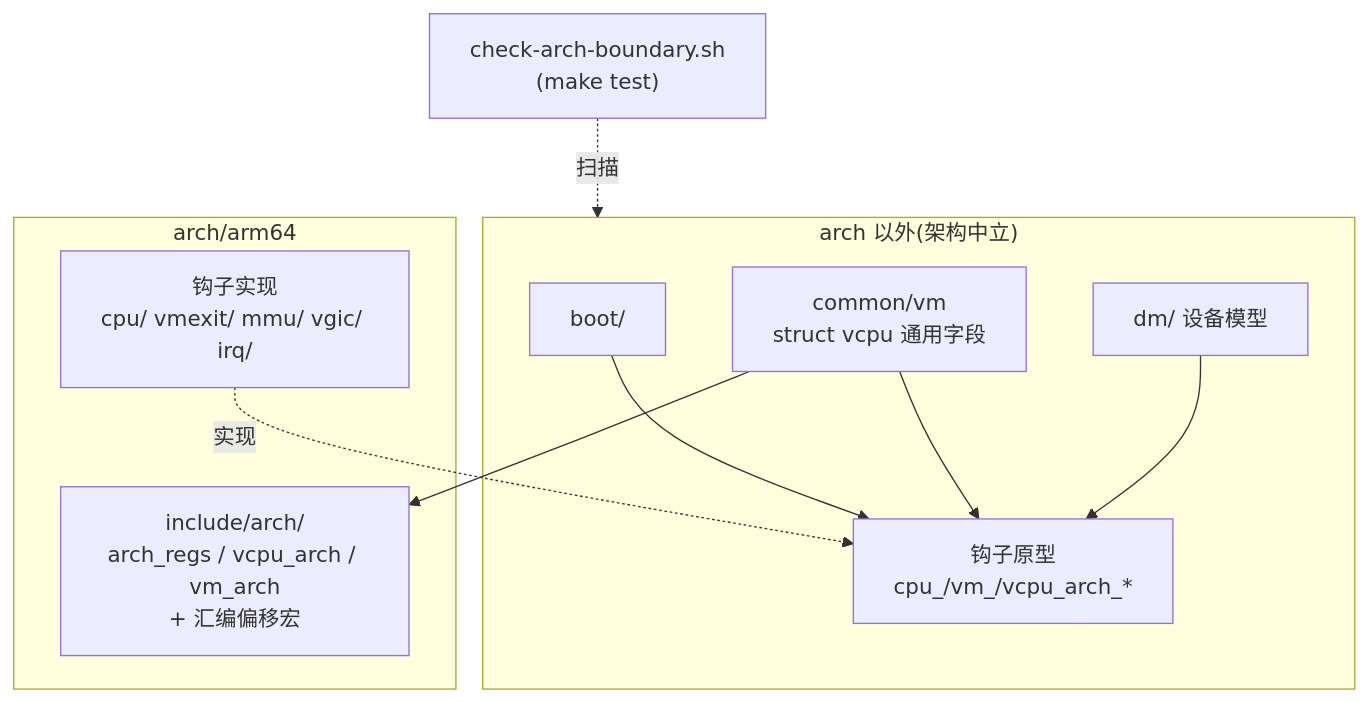
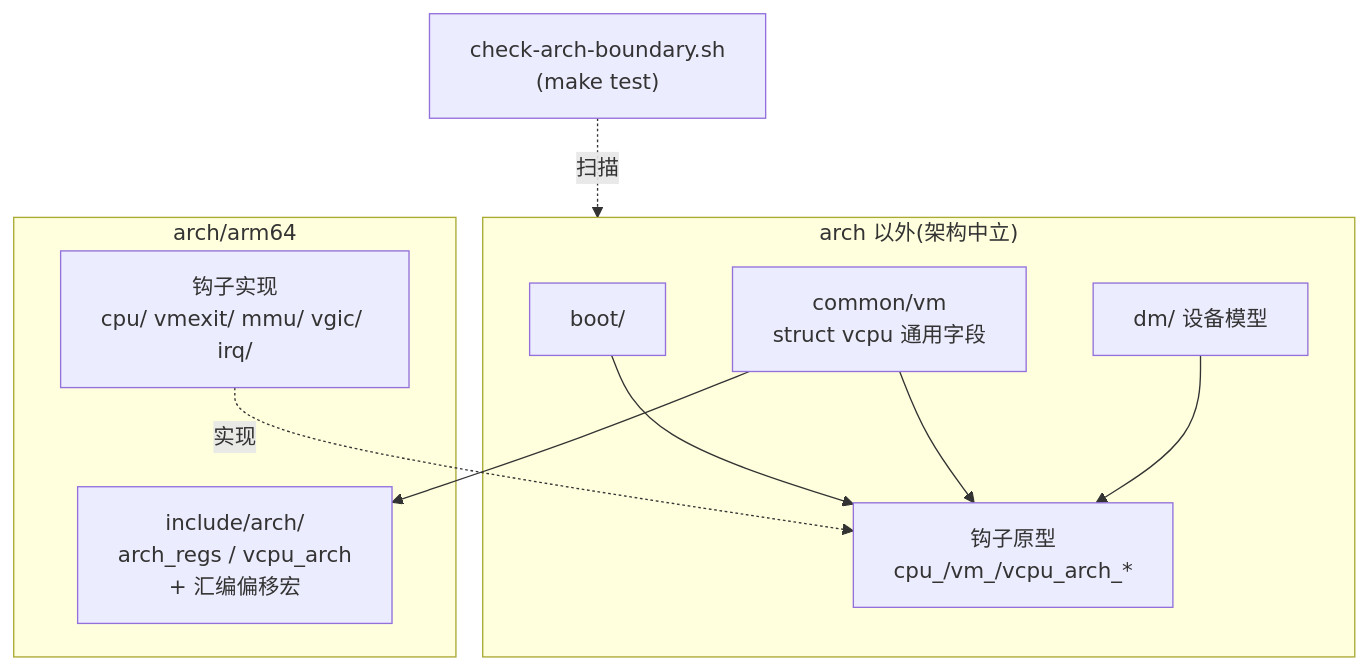
One commit to James7zy/hypervisor changed the diagram in docs/adr/0015-arch-boundary-core-vs-arch.md. Above: the diagram before and after it, drawn with Mermaid. The commit also changed other lines of this file and 2 other files, not shown here.

````diff
--- a/docs/adr/0015-arch-boundary-core-vs-arch.md
+++ b/docs/adr/0015-arch-boundary-core-vs-arch.md
@@ -35,19 +39,19 @@
 ```mermaid
 flowchart TB
     subgraph NEUTRAL["arch 以外(架构中立)"]
         BOOT["boot/"]
         VMM["common/vm<br/>struct vcpu 通用字段"]
         DM["dm/ 设备模型"]
         HOOKS["钩子原型<br/>cpu_/vm_/vcpu_arch_*"]
     end
     subgraph ARCH["arch/arm64"]
         IMPL["钩子实现<br/>cpu/ vmexit/ mmu/ vgic/ irq/"]
-        ARCHH["include/arch/<br/>arch_regs / vcpu_arch / vm_arch<br/>+ 汇编偏移宏"]
+        ARCHH["include/arch/<br/>arch_regs / vcpu_arch<br/>+ 汇编偏移宏"]
     end
     BOOT --> HOOKS
     VMM --> HOOKS
     DM --> HOOKS
     VMM --> ARCHH
     IMPL -. "实现" .-> HOOKS
     CHECK["check-arch-boundary.sh<br/>(make test)"] -. "扫描" .-> NEUTRAL
 ```
````
